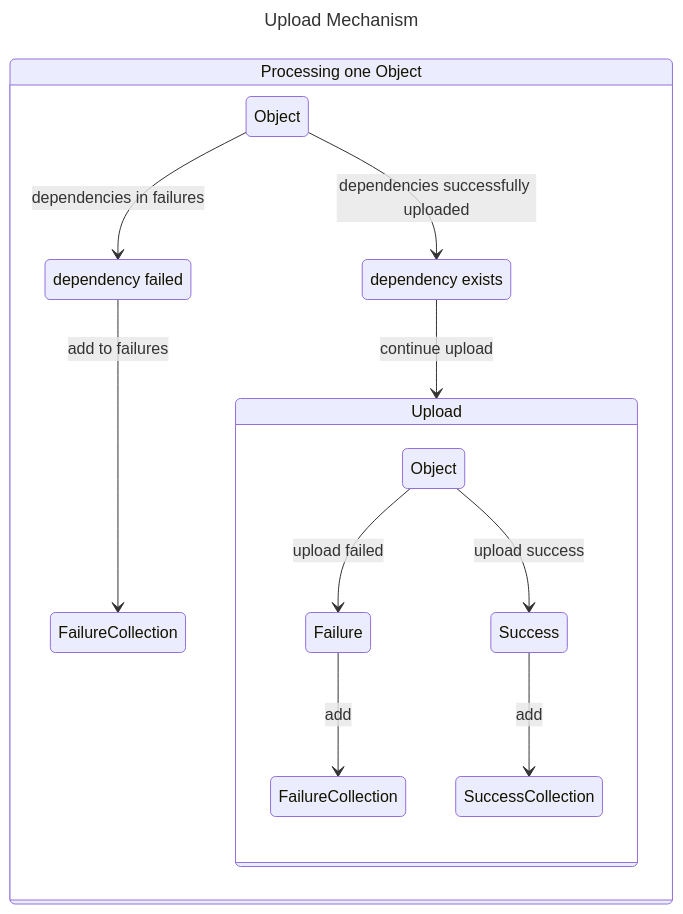
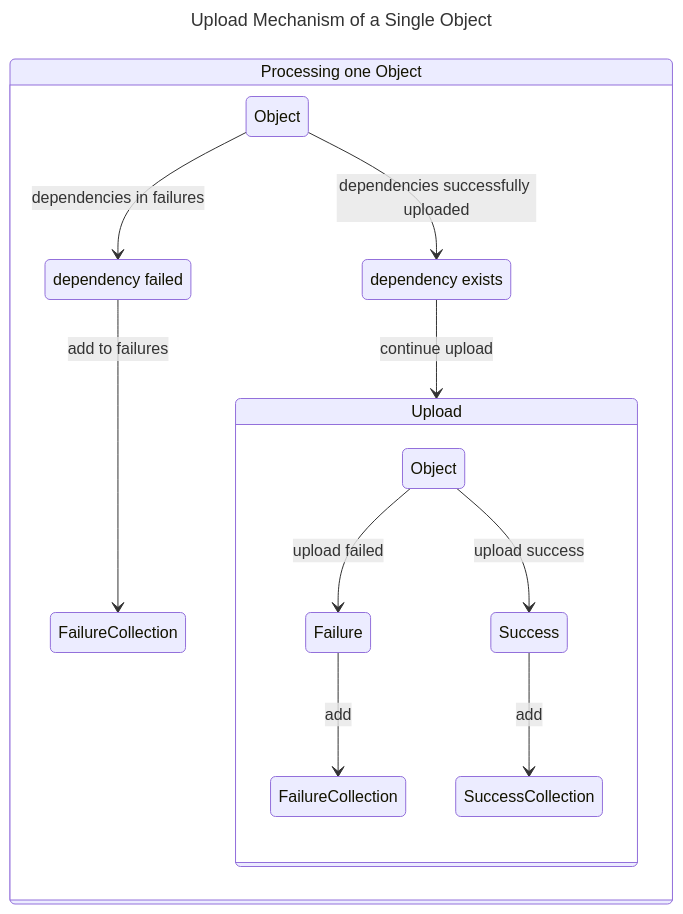
One commit to dasch-swiss/dsp-tools changed the third of 7 diagrams in docs/developers/architecture.md. Above: the diagram before and after it, drawn with Mermaid. The commit also changed other lines of this file, not shown here.

````diff
--- a/docs/developers/architecture.md
+++ b/docs/developers/architecture.md
@@ -121,31 +134,31 @@
 ```mermaid
 ---
-title: Upload Mechanism
+title: Upload Mechanism of a Single Object
 ---
 stateDiagram-v2
     state "Processing one Object" as preUp
     state "Object" as preObj
     state "dependency failed" as checkFail1
     state "FailureCollection" as checkFail2
     state "dependency exists" as checkSucc
     state "Upload" as upload
     state "Object" as upObj
     state "Failure" as upFail
     state "Success" as upSucc
     state "FailureCollection" as upFailColl
     state "SuccessCollection" as upSuccColl
 
     state preUp {
         preObj --> checkFail1: dependencies in failures
         checkFail1 --> checkFail2: add to failures
         preObj --> checkSucc: dependencies successfully uploaded
         checkSucc --> upload: continue upload
     }
 
     state upload {
         upObj --> upFail: upload failed
         upFail --> upFailColl: add
         upObj --> upSucc: upload success
         upSucc --> upSuccColl: add
     }
 ```
````
